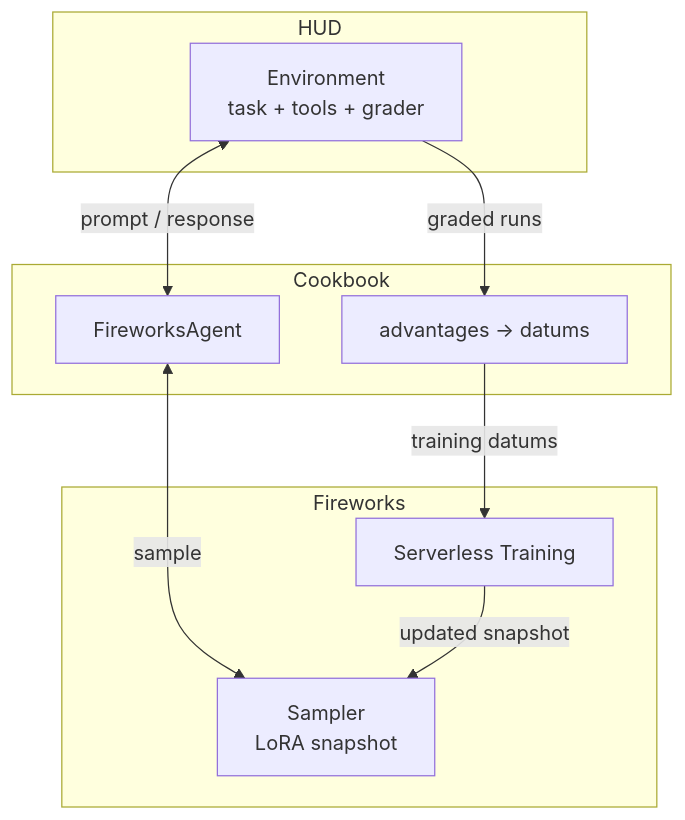
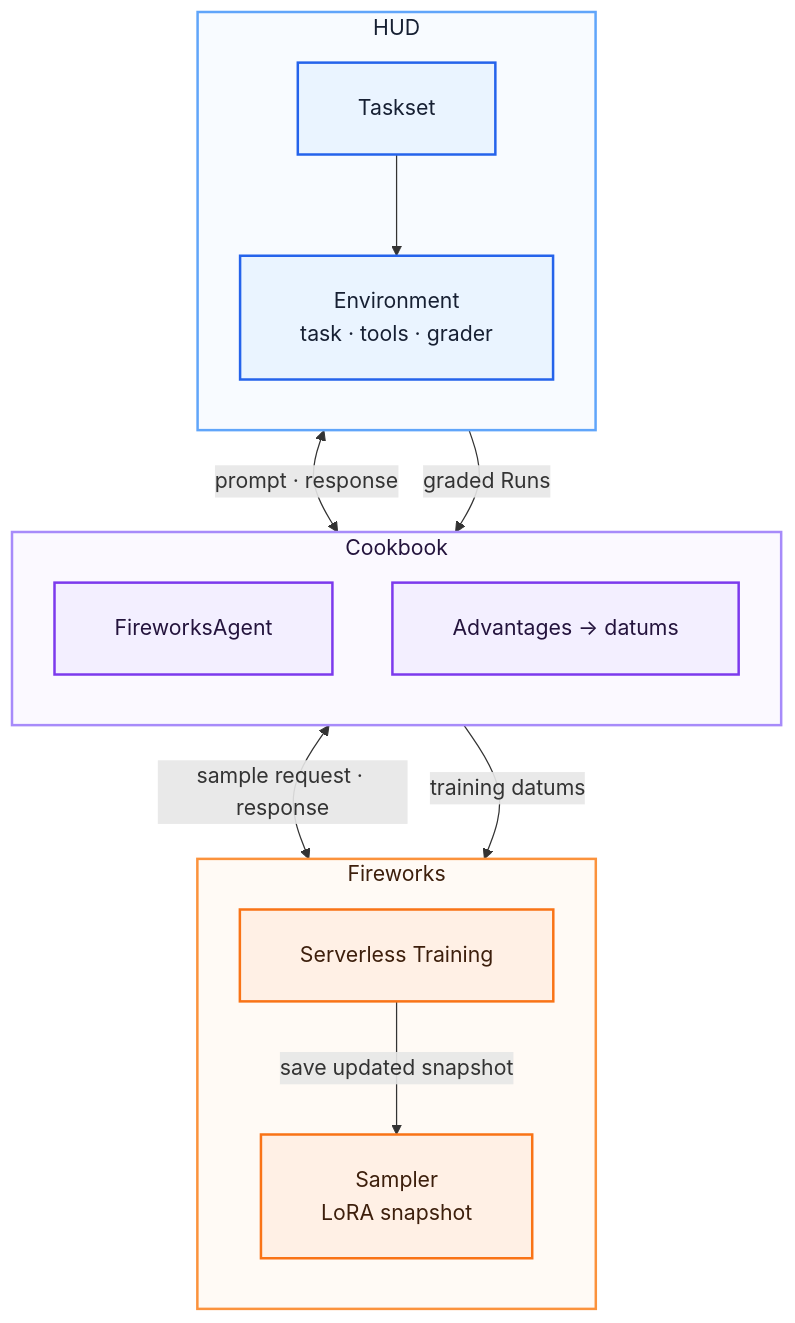
One commit to hud-evals/hud-python changed the diagram in docs/v6/cookbooks/fireworks-rl-training.mdx. Above: the diagram before and after it, drawn with Mermaid. The commit also changed 1 other file, not shown here.

Commit message:
docs(cookbooks): improve architecture diagram contrast
Make the HUD, cookbook, and Fireworks boundaries legible across themes while preserving the complete task and training flow.

````diff
--- a/docs/v6/cookbooks/fireworks-rl-training.mdx
+++ b/docs/v6/cookbooks/fireworks-rl-training.mdx
@@ -24,19 +24,35 @@
 ```mermaid
+%%{init: {'flowchart': {'padding': 24, 'nodeSpacing': 48, 'rankSpacing': 56}, 'themeVariables': {'fontSize': '17px'}}}%%
 flowchart TD
-    subgraph hud [HUD]
-        env["Environment<br/>task + tools + grader"]
+    subgraph hud["HUD"]
+        direction TB
+        taskset["Taskset"]
+        env["Environment<br/>task · tools · grader"]
+        taskset --> env
     end
-    subgraph cookbook [Cookbook]
+    subgraph cookbook["Cookbook"]
+        direction TB
         agent["FireworksAgent"]
-        batch["advantages → datums"]
+        batch["Advantages → datums"]
     end
-    subgraph fireworks [Fireworks]
+    subgraph fireworks["Fireworks"]
+        direction TB
         sampler["Sampler<br/>LoRA snapshot"]
         trainer["Serverless Training"]
     end
-    env <-- "prompt / response" --> agent
-    agent <-- sample --> sampler
-    env -- "graded runs" --> batch
-    batch -- "training datums" --> trainer
-    trainer -- "updated snapshot" --> sampler
+    env <-->|prompt · response| agent
+    agent <-->|sample request · response| sampler
+    env -->|graded Runs| batch
+    batch -->|training datums| trainer
+    trainer -->|save updated snapshot| sampler
+
+    classDef hudNode fill:#eaf4ff,stroke:#2563eb,stroke-width:2px,color:#172033;
+    classDef cookbookNode fill:#f3efff,stroke:#7c3aed,stroke-width:2px,color:#24143d;
+    classDef fireworksNode fill:#fff0e5,stroke:#f97316,stroke-width:2px,color:#3d1f0c;
+    class taskset,env hudNode;
+    class agent,batch cookbookNode;
+    class sampler,trainer fireworksNode;
+    style hud fill:#f8fbff,stroke:#60a5fa,stroke-width:2px,color:#172033;
+    style cookbook fill:#fbf9ff,stroke:#a78bfa,stroke-width:2px,color:#24143d;
+    style fireworks fill:#fffaf5,stroke:#fb923c,stroke-width:2px,color:#3d1f0c;
 ```
````
